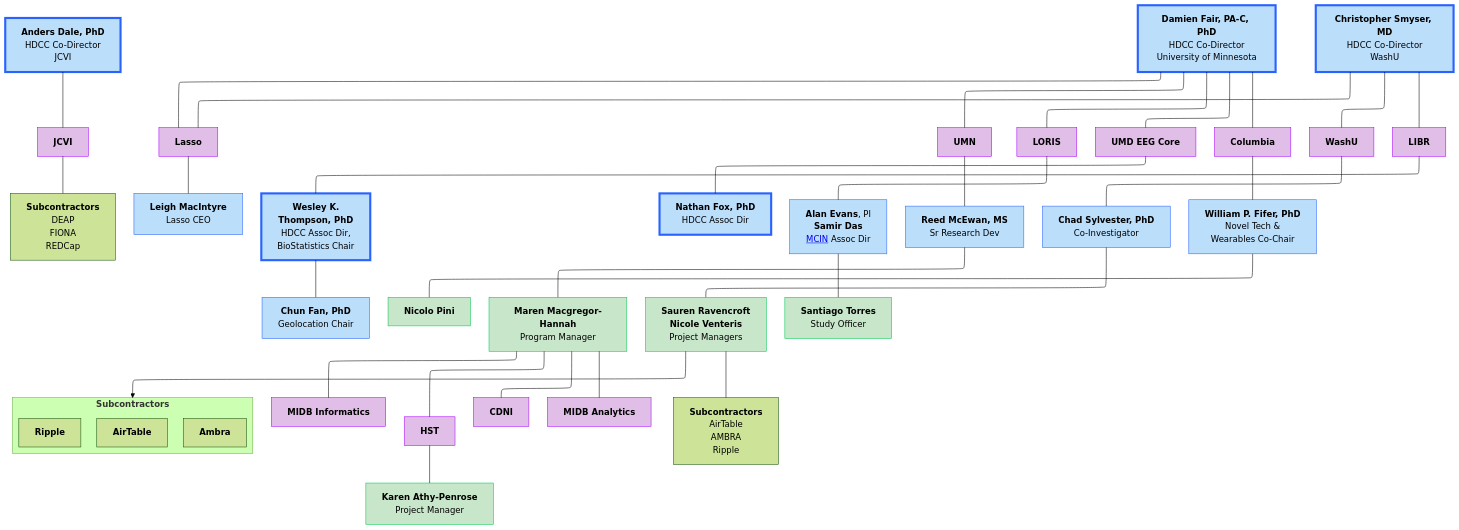
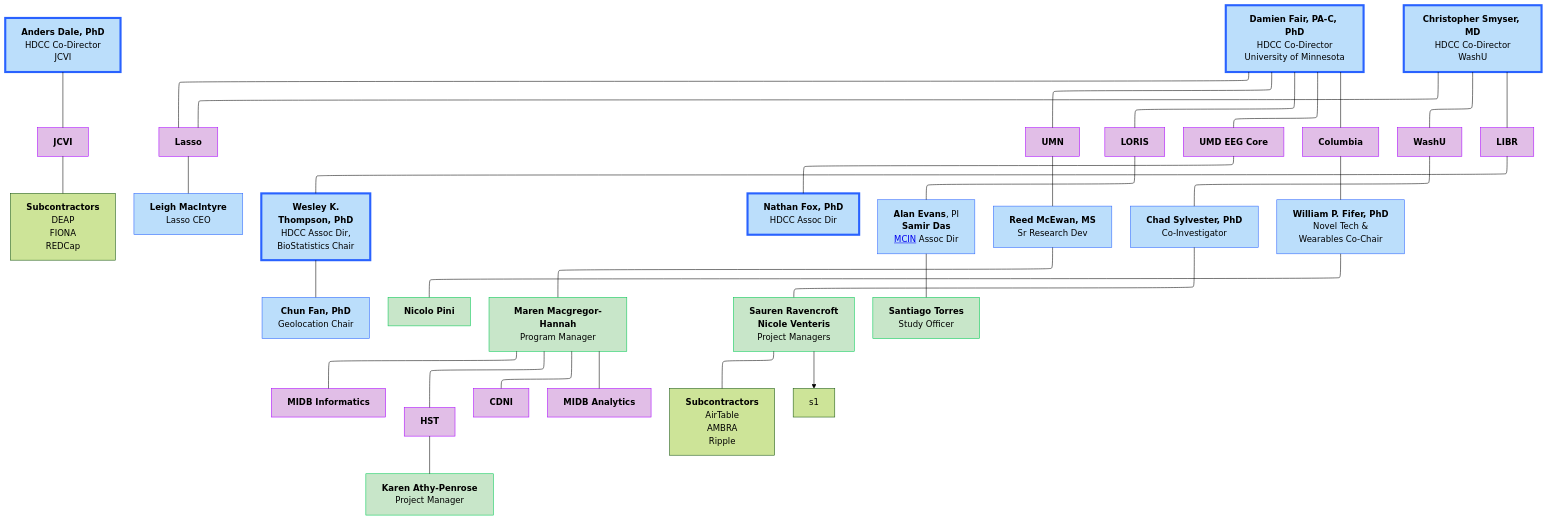
One commit to DCAN-Labs/hbcd-docs-internal changed the first of 13 diagrams in docs/orgcharts.md. Above: the diagram before and after it, drawn with Mermaid (forest theme). The commit also changed other lines of this file, not shown here.

Commit message:
test adding jcvi subcontractors

````diff
--- a/docs/orgcharts.md
+++ b/docs/orgcharts.md
@@ -17,77 +17,72 @@
 ```mermaid
 ---
 config:
   layout: elk
 ---
 flowchart TB
- subgraph s1["<b>Subcontractors</b>"]
-        n35["<b>AirTable</b>"]
-        n36["<b>Ambra</b>"]
-        n37["<b>Ripple</b>"]
-    end
     n2["<b>Anders Dale, PhD<br></b>HDCC Co-Director<br>JCVI"] --- jcvi["<b>JCVI</b>"]
     jcvi --- jcviSC["<b>Subcontractors</b><br>DEAP<br>FIONA<br>REDCap"]
     E["<b>Damien Fair, PA-C, PhD</b><br>HDCC Co-Director<br>University of Minnesota"] --- lasso["<b>Lasso</b>"] & umn["<b>UMN</b>"] & n7["<b>LORIS</b>"] & n8["<b>UMD EEG Core</b>"] & n11["<b>Columbia</b>"]
     lasso --- lasso1["<b>Leigh MacIntyre</b><br>Lasso CEO"]
     n1["<b>Christopher Smyser, MD<br></b>HDCC Co-Director<br>WashU"] --- n10["<b>WashU</b>"] & n12["<b>LIBR</b>"] & lasso
     n16["<b>Wesley K.<br>Thompson, PhD</b><br>HDCC Assoc Dir,<br>BioStatistics Chair"] --- n17["<b>Chun Fan, PhD</b><br>Geolocation Chair"]
     n12 --- n16
     n8 --- n19["<b>Nathan Fox, PhD<br></b>HDCC Assoc Dir"]
     n7 --- n20["<b>Alan Evans</b>, PI<br><b>Samir Das</b><br><a href="https://mcin.ca/about-mcin/" target="_blank">MCIN</a> Assoc Dir"]
     umn --- reed["<b>Reed McEwan, MS</b><br>Sr Research Dev"]
     n10 --- n22["<b>Chad Sylvester, PhD</b><br>Co-Investigator"]
     n11 --- n18["<b>William P. Fifer, PhD</b><br>Novel Tech &<br>Wearables Co-Chair"]
     n18 --- n34["<b>Nicolo Pini</b>"]
     reed --- n30["<b>Maren Macgregor-Hannah</b><br>Program Manager"]
     n30 --- n25["<b>MIDB Informatics</b>"]
     n30 --- n27["<b>HST</b>"]
     n30 --- n28["<b>CDNI</b>"]
     n30 --- n29["<b>MIDB Analytics</b>"]
     n27 --- n31["<b>Karen Athy-Penrose</b><br>Project Manager"]
     n22 --- n32["<b>Sauren Ravencroft<br>Nicole Venteris</b><br>Project Managers"]
     n32 --- washuSC["<b>Subcontractors</b><br>AirTable<br>AMBRA<br>Ripple"]
     n20 --- n33["<b>Santiago Torres</b><br>Study Officer"]
     n32 --> s1
     style n2 fill:#BBDEFB,stroke:#2962FF,stroke-width:4px
     style jcvi fill:#E1BEE7,stroke:#AA00FF
     style E fill:#BBDEFB,stroke:#2962FF,stroke-width:4px
     style lasso fill:#E1BEE7,stroke:#AA00FF
     style umn fill:#E1BEE7,stroke:#AA00FF
     style n7 fill:#E1BEE7,stroke:#AA00FF
     style n8 fill:#E1BEE7,stroke:#AA00FF
     style n11 fill:#E1BEE7,stroke:#AA00FF
     style lasso1 fill:#BBDEFB,stroke:#2962FF
     style n1 fill:#BBDEFB,stroke:#2962FF,stroke-width:4px
     style n10 fill:#E1BEE7,stroke:#AA00FF
     style n12 fill:#E1BEE7,stroke:#AA00FF
     style n16 fill:#BBDEFB,stroke:#2962FF,stroke-width:4px
     style n17 fill:#BBDEFB,stroke:#2962FF
     style n19 fill:#BBDEFB,stroke:#2962FF,stroke-width:4px
     style n20 fill:#BBDEFB,stroke:#2962FF
     style reed fill:#BBDEFB,stroke:#2962FF
     style n22 fill:#BBDEFB,stroke:#2962FF
     style n18 fill:#BBDEFB,stroke:#2962FF
     style n25 fill:#E1BEE7,stroke:#AA00FF
     style n27 fill:#E1BEE7,stroke:#AA00FF
     style n28 fill:#E1BEE7,stroke:#AA00FF
     style n29 fill:#E1BEE7,stroke:#AA00FF
     style n30 fill:#C8E6C9,stroke:#00C853
     style n31 fill:#C8E6C9,stroke:#00C853
     style n32 fill:#C8E6C9,stroke:#00C853
     style n33 fill:#C8E6C9,stroke:#00C853
     style n34 fill:#C8E6C9,stroke:#00C853
     click jcvi "#j-craig-venter-institute"
     click lasso "#lasso"
     click umn "#university-of-minnesota"
     click n7 "#loris"
     click n8 "#university-of-maryland"
     click n10 "#washu"
     click n25 "#midb-informatics-hub-msi"
     click n29 "#midb-analytics-hub"
     click n27 "#health-sciences-technology"
     click n28 "#center-for-developmental-neuroimaging"
     click n12 "#libr"
     click n11 "#columbia-university"
     click jcviSC "#subcontractor-details_1"
     click washuSC "#subcontractor-details"
 ```
````
